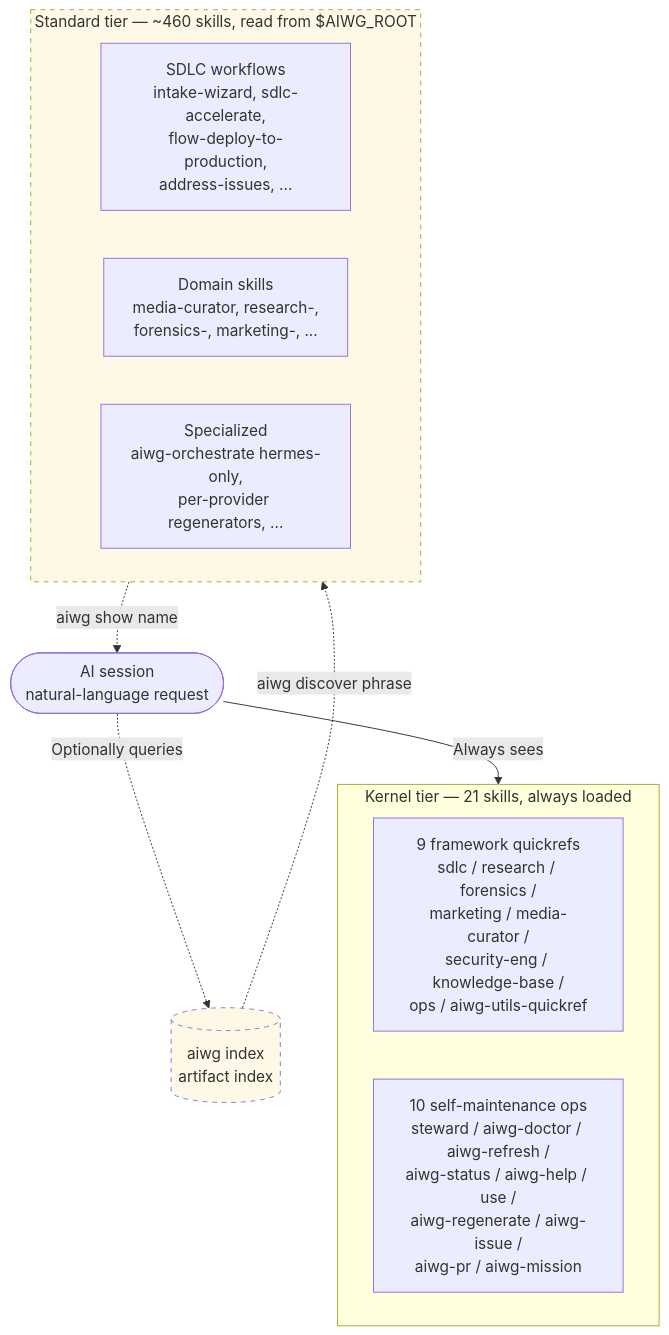
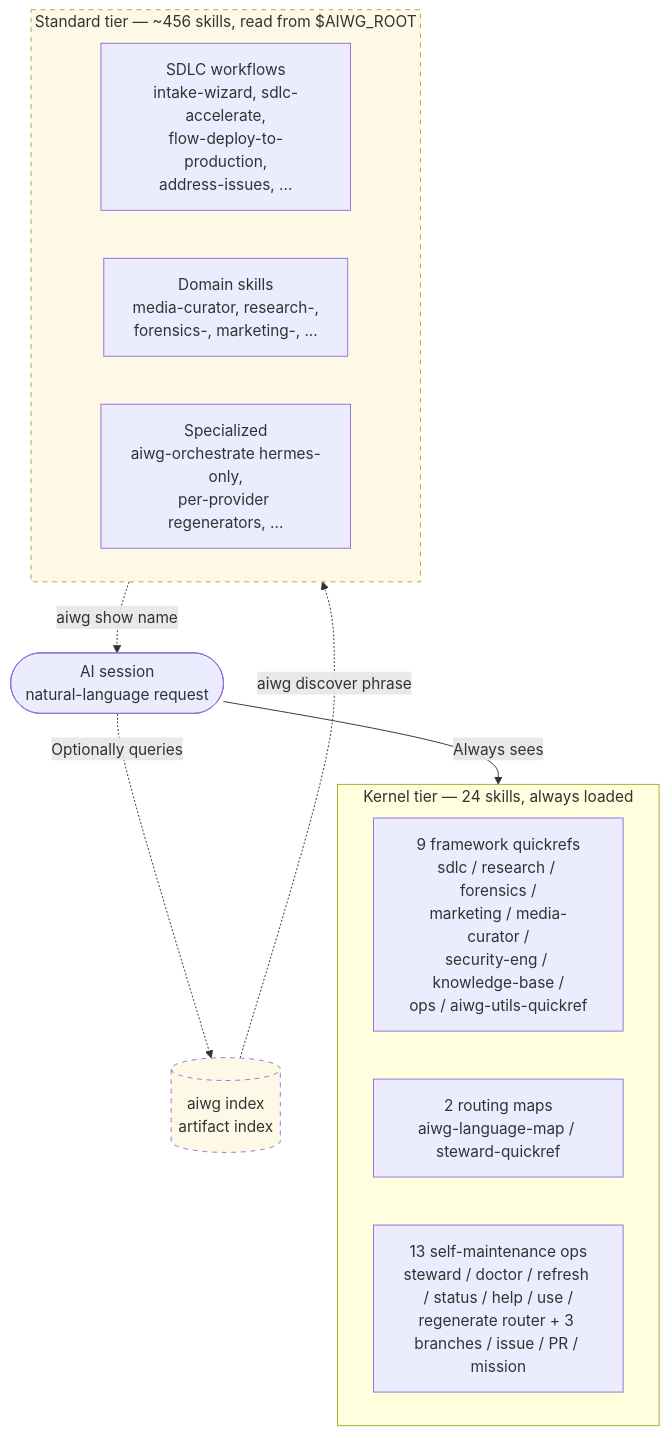
One commit to jmagly/ai-writing-guide changed the first of 2 diagrams in docs/discovery-and-kernel-skills.md. Above: the diagram before and after it, drawn with Mermaid. The commit also changed 22 other files, not shown here.

````diff
--- a/docs/discovery-and-kernel-skills.md
+++ b/docs/discovery-and-kernel-skills.md
@@ -98,26 +98,27 @@
 ```mermaid
 flowchart TB
-  subgraph KERNEL["Kernel tier — 21 skills, always loaded"]
+  subgraph KERNEL["Kernel tier — 24 skills, always loaded"]
     direction LR
     K1[9 framework quickrefs<br/>sdlc / research / forensics /<br/>marketing / media-curator /<br/>security-eng / knowledge-base /<br/>ops / aiwg-utils-quickref]
-    K2[10 self-maintenance ops<br/>steward / aiwg-doctor / aiwg-refresh /<br/>aiwg-status / aiwg-help / use /<br/>aiwg-regenerate / aiwg-issue /<br/>aiwg-pr / aiwg-mission]
+    K2[2 routing maps<br/>aiwg-language-map / steward-quickref]
+    K3[13 self-maintenance ops<br/>steward / doctor / refresh / status / help / use /<br/>regenerate router + 3 branches / issue / PR / mission]
   end
 
-  subgraph STANDARD["Standard tier — ~460 skills, read from $AIWG_ROOT"]
+  subgraph STANDARD["Standard tier — ~456 skills, read from $AIWG_ROOT"]
     direction LR
     S1[SDLC workflows<br/>intake-wizard, sdlc-accelerate,<br/>flow-deploy-to-production,<br/>address-issues, ...]
     S2[Domain skills<br/>media-curator, research-,<br/>forensics-, marketing-, ...]
     S3[Specialized<br/>aiwg-orchestrate hermes-only,<br/>per-provider regenerators, ...]
   end
 
   AGENT([AI session<br/>natural-language request])
 
   AGENT -->|Always sees| KERNEL
   AGENT -.->|Optionally queries| INDEX[(aiwg index<br/>artifact index)]
   INDEX -.->|aiwg discover phrase| STANDARD
   STANDARD -.->|aiwg show name| AGENT
 
   classDef optional stroke-dasharray: 5 5,fill:#fef9e7
   class INDEX optional
   class STANDARD optional
 ```
````
